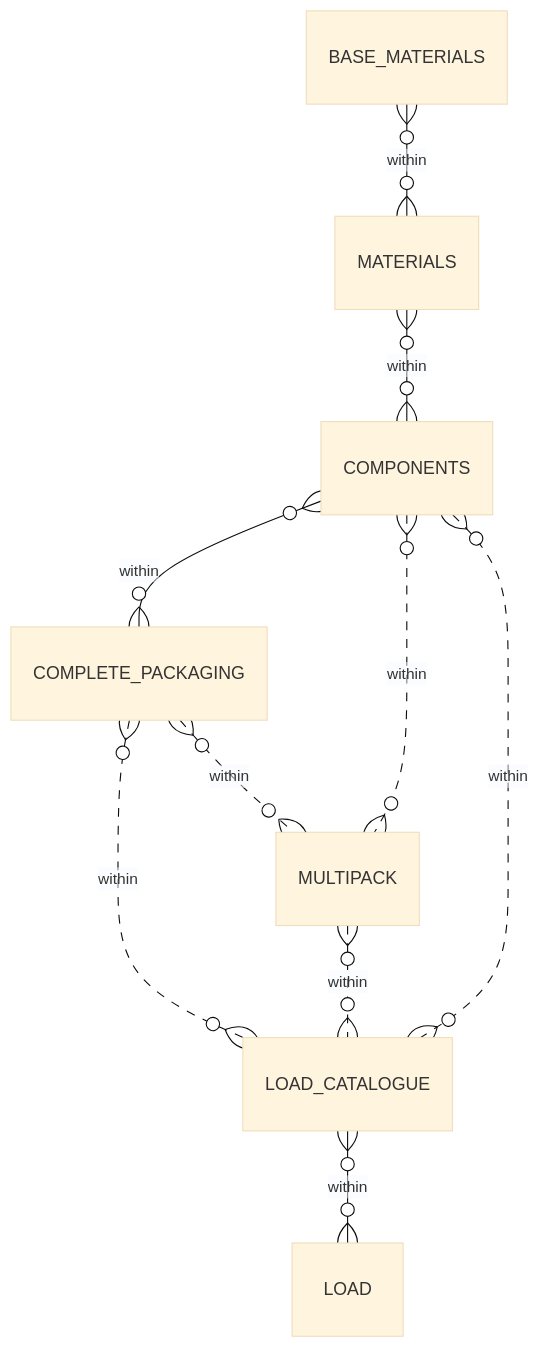
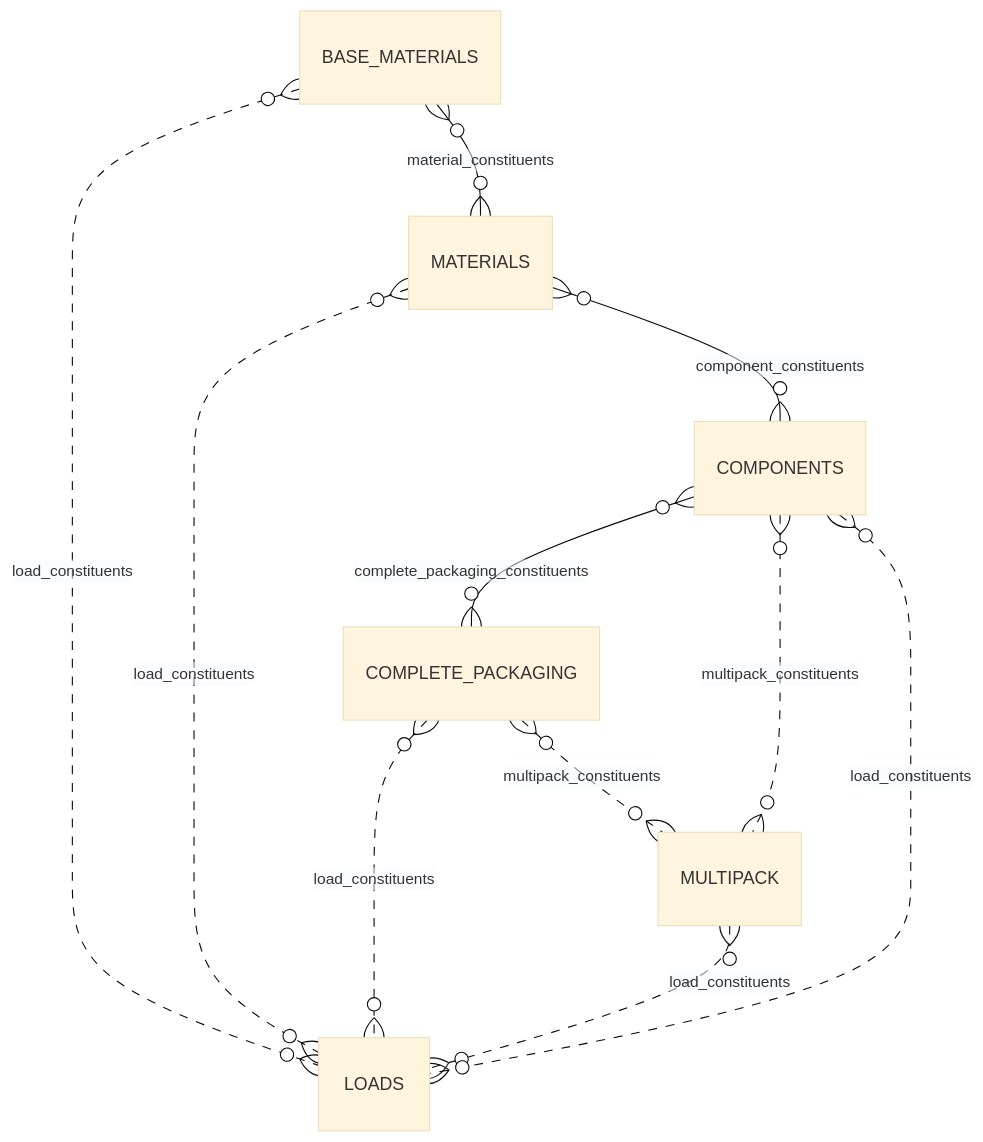
Before and after one commit to OpenDataManchester/Open3P: the diagram in docs/1_Start_Here/1_4_Data_Schema.md, drawn with Mermaid (base theme).

Commit message:
Update data schema with constituents

````diff
--- a/docs/1_Start_Here/1_4_Data_Schema.md
+++ b/docs/1_Start_Here/1_4_Data_Schema.md
@@ -7,12 +7,13 @@
 ``` mermaid
 erDiagram
-  BASE_MATERIALS }o--o{ MATERIALS : within
-  MATERIALS }o--o{ COMPONENTS : within
-  COMPONENTS }o--o{ COMPLETE_PACKAGING : within
-  COMPLETE_PACKAGING }o..o{ MULTIPACK : within
-  COMPONENTS }o..o{ MULTIPACK : within
-  COMPLETE_PACKAGING }o..o{ LOAD_CATALOGUE : within
-  MULTIPACK }o..o{ LOAD_CATALOGUE : within
-  COMPONENTS }o..o{ LOAD_CATALOGUE : within
-  LOAD_CATALOGUE }o--o{ LOAD : within
+  BASE_MATERIALS }o--o{ MATERIALS : material_constituents
+  MATERIALS }o--o{ COMPONENTS : component_constituents
+  COMPONENTS }o--o{ COMPLETE_PACKAGING : complete_packaging_constituents
+  COMPLETE_PACKAGING }o..o{ MULTIPACK : multipack_constituents
+  COMPONENTS }o..o{ MULTIPACK : multipack_constituents
+  BASE_MATERIALS }o..o{ LOADS : load_constituents
+  MATERIALS }o..o{ LOADS : load_constituents
+  COMPLETE_PACKAGING }o..o{ LOADS : load_constituents
+  MULTIPACK }o..o{ LOADS : load_constituents
+  COMPONENTS }o..o{ LOADS : load_constituents
 ```
````
